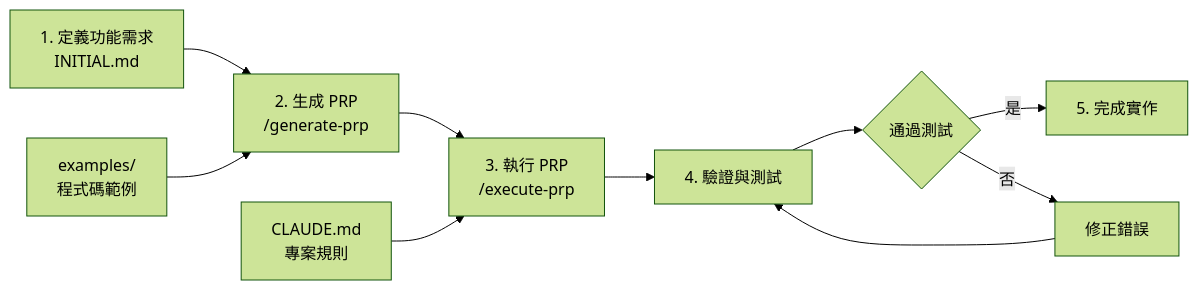
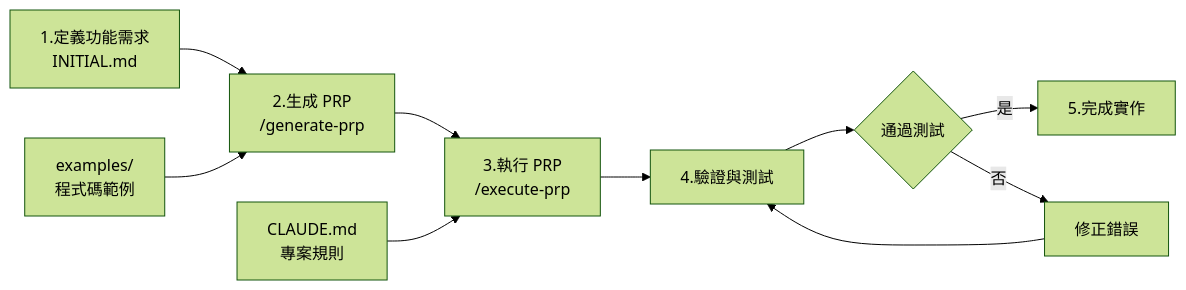
Before and after one commit to coleam00/context-engineering-intro: the second of 2 diagrams in README.md, drawn with Mermaid (forest theme). The commit also changed other lines of this file and 7 other files, not shown here.

First line of the commit message:
fix: 修正 Mermaid 圖表格式以解決 GitHub 顯示問題

````diff
--- a/README.md
+++ b/README.md
@@ -28,13 +34,13 @@
 ```mermaid
 flowchart LR
-    A["1. 定義功能需求<br/>INITIAL.md"] --> B["2. 生成 PRP<br/>/generate-prp"]
-    B --> C["3. 執行 PRP<br/>/execute-prp"]
-    C --> D["4. 驗證與測試"]
+    A["1.定義功能需求<br/>INITIAL.md"] --> B["2.生成 PRP<br/>/generate-prp"]
+    B --> C["3.執行 PRP<br/>/execute-prp"]
+    C --> D["4.驗證與測試"]
     D --> E{"通過測試"}
-    E -->|"是"| F["5. 完成實作"]
+    E -->|"是"| F["5.完成實作"]
     E -->|"否"| G["修正錯誤"]
     G --> D
     
     H["examples/<br/>程式碼範例"] --> B
     I["CLAUDE.md<br/>專案規則"] --> C
 ```
````
